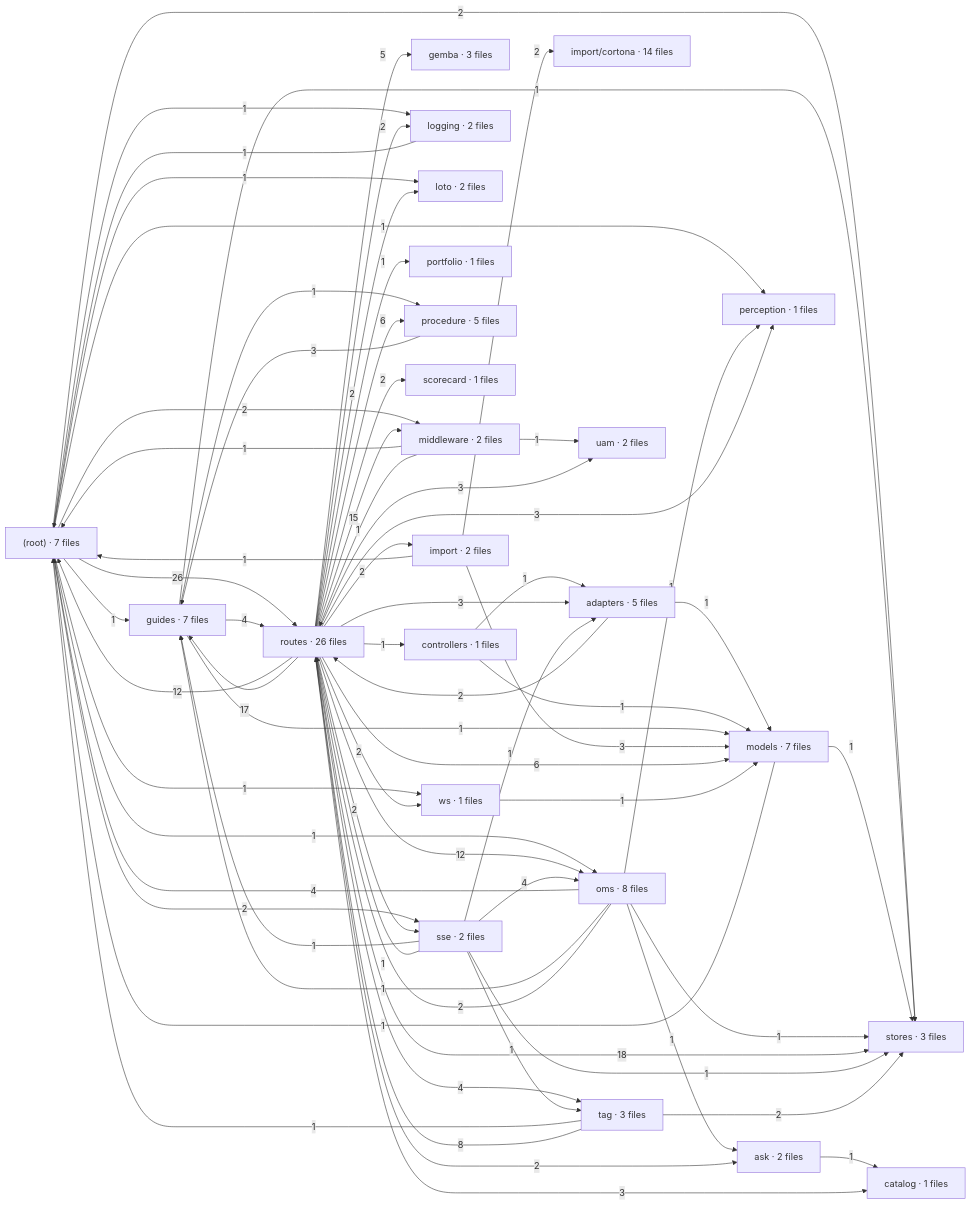
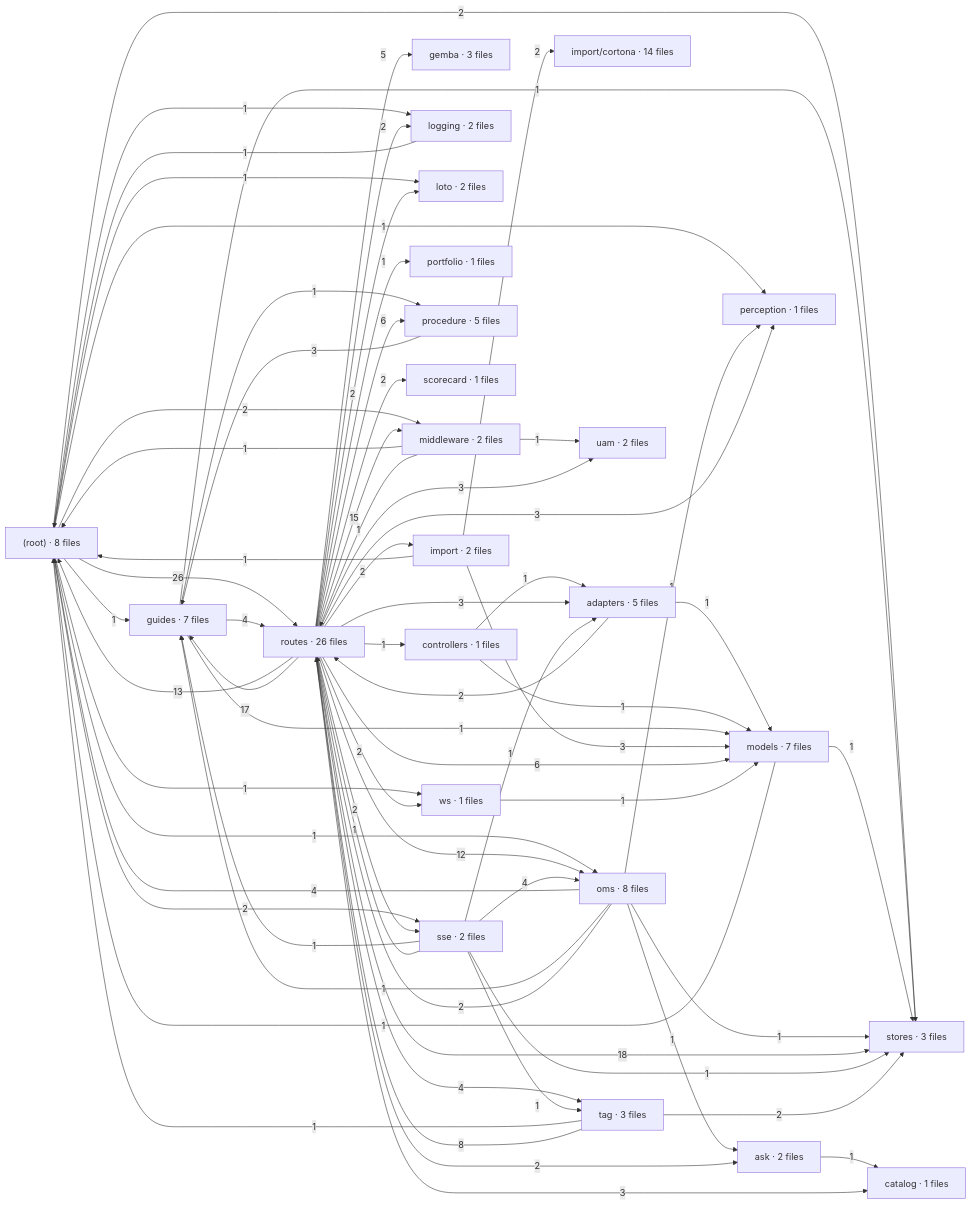
One commit to krocx/spatial-tapgging-app changed the diagram in docs/architecture/deps-sib.mmd. Above: the diagram before and after it, drawn with Mermaid. The commit also changed 8 other files, not shown here.

```diff
--- a/docs/architecture/deps-sib.mmd
+++ b/docs/architecture/deps-sib.mmd
@@ -1,94 +1,94 @@
 %% generated by scripts/arch-graph.mjs - do not edit
 flowchart LR
   %% sib/src - relative imports between folders (edge label = number of imports)
-  F__["(root) · 7 files"]
+  F__["(root) · 8 files"]
   F_adapters["adapters · 5 files"]
   F_ask["ask · 2 files"]
   F_catalog["catalog · 1 files"]
   F_controllers["controllers · 1 files"]
   F_gemba["gemba · 3 files"]
   F_guides["guides · 7 files"]
   F_import["import · 2 files"]
   F_import_cortona["import/cortona · 14 files"]
   F_logging["logging · 2 files"]
   F_loto["loto · 2 files"]
   F_middleware["middleware · 2 files"]
   F_models["models · 7 files"]
   F_oms["oms · 8 files"]
   F_perception["perception · 1 files"]
   F_portfolio["portfolio · 1 files"]
   F_procedure["procedure · 5 files"]
   F_routes["routes · 26 files"]
   F_scorecard["scorecard · 1 files"]
   F_sse["sse · 2 files"]
   F_stores["stores · 3 files"]
   F_tag["tag · 3 files"]
   F_uam["uam · 2 files"]
   F_ws["ws · 1 files"]
   F__ -->|1| F_guides
   F__ -->|1| F_logging
   F__ -->|1| F_loto
   F__ -->|2| F_middleware
   F__ -->|1| F_oms
   F__ -->|1| F_perception
   F__ -->|26| F_routes
   F__ -->|2| F_sse
   F__ -->|2| F_stores
   F__ -->|1| F_ws
   F_adapters -->|1| F_models
   F_adapters -->|2| F_routes
   F_ask -->|1| F_catalog
   F_controllers -->|1| F_adapters
   F_controllers -->|1| F_models
   F_guides -->|1| F_models
   F_guides -->|1| F_procedure
   F_guides -->|4| F_routes
   F_guides -->|1| F_stores
   F_import -->|1| F__
   F_import -->|2| F_import_cortona
   F_import -->|3| F_models
   F_logging -->|1| F__
   F_middleware -->|1| F__
   F_middleware -->|1| F_routes
   F_middleware -->|1| F_uam
   F_models -->|1| F__
   F_models -->|1| F_stores
   F_oms -->|4| F__
   F_oms -->|1| F_ask
   F_oms -->|1| F_guides
   F_oms -->|1| F_perception
   F_oms -->|2| F_routes
   F_oms -->|1| F_stores
   F_procedure -->|3| F_guides
-  F_routes -->|12| F__
+  F_routes -->|13| F__
   F_routes -->|3| F_adapters
   F_routes -->|2| F_ask
   F_routes -->|3| F_catalog
   F_routes -->|1| F_controllers
   F_routes -->|5| F_gemba
   F_routes -->|17| F_guides
   F_routes -->|2| F_import
   F_routes -->|2| F_logging
   F_routes -->|2| F_loto
   F_routes -->|15| F_middleware
   F_routes -->|6| F_models
   F_routes -->|12| F_oms
   F_routes -->|3| F_perception
   F_routes -->|1| F_portfolio
   F_routes -->|6| F_procedure
   F_routes -->|2| F_scorecard
   F_routes -->|2| F_sse
   F_routes -->|18| F_stores
   F_routes -->|4| F_tag
   F_routes -->|3| F_uam
   F_routes -->|2| F_ws
   F_sse -->|1| F_adapters
   F_sse -->|1| F_guides
   F_sse -->|4| F_oms
   F_sse -->|1| F_routes
   F_sse -->|1| F_stores
   F_sse -->|1| F_tag
   F_tag -->|1| F__
   F_tag -->|8| F_routes
   F_tag -->|2| F_stores
   F_ws -->|1| F_models
```
